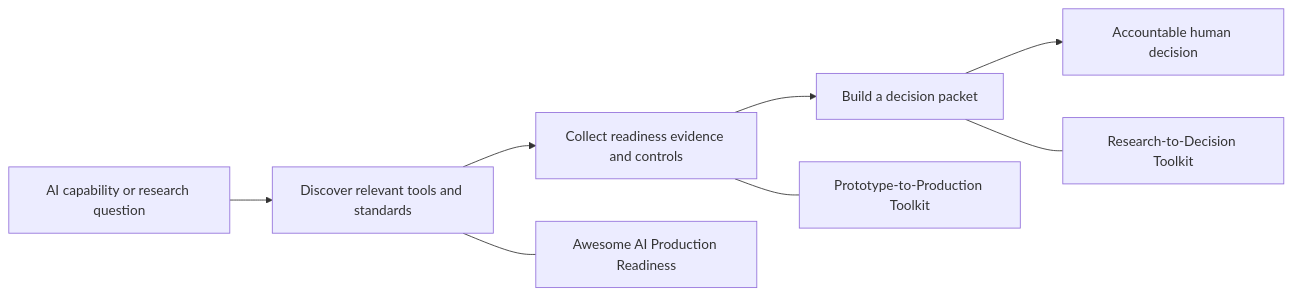
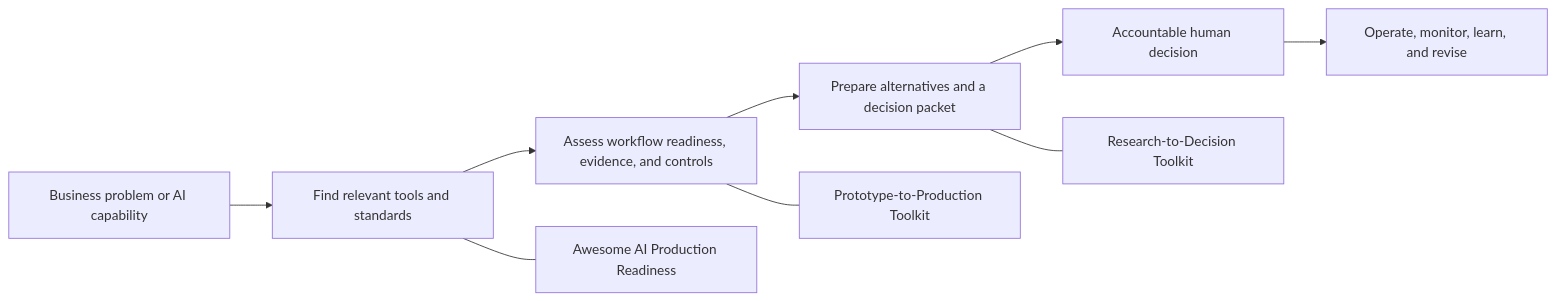
Before and after one commit to Anonymousyz/Anonymousyz: the diagram in README.md, drawn with Mermaid. The commit also changed other lines of this file, not shown here.

````diff
--- a/README.md
+++ b/README.md
@@ -17,11 +21,12 @@
 ```mermaid
 flowchart LR
-    A[AI capability or research question] --> B[Discover relevant tools and standards]
-    B --> C[Collect readiness evidence and controls]
-    C --> D[Build a decision packet]
+    A[Business problem or AI capability] --> B[Find relevant tools and standards]
+    B --> C[Assess workflow readiness, evidence, and controls]
+    C --> D[Prepare alternatives and a decision packet]
     D --> E[Accountable human decision]
+    E --> F[Operate, monitor, learn, and revise]
 
     B --- R1[Awesome AI Production Readiness]
     C --- R2[Prototype-to-Production Toolkit]
     D --- R3[Research-to-Decision Toolkit]
 ```
````
